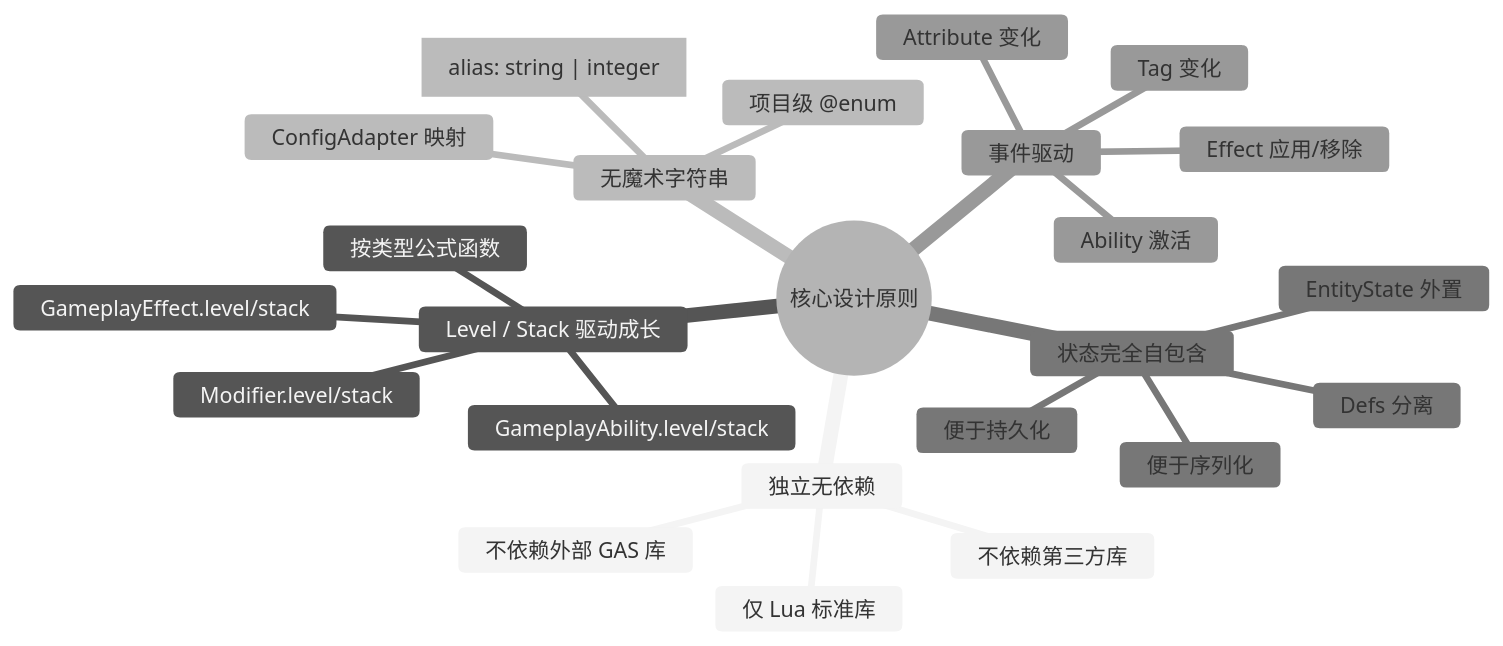
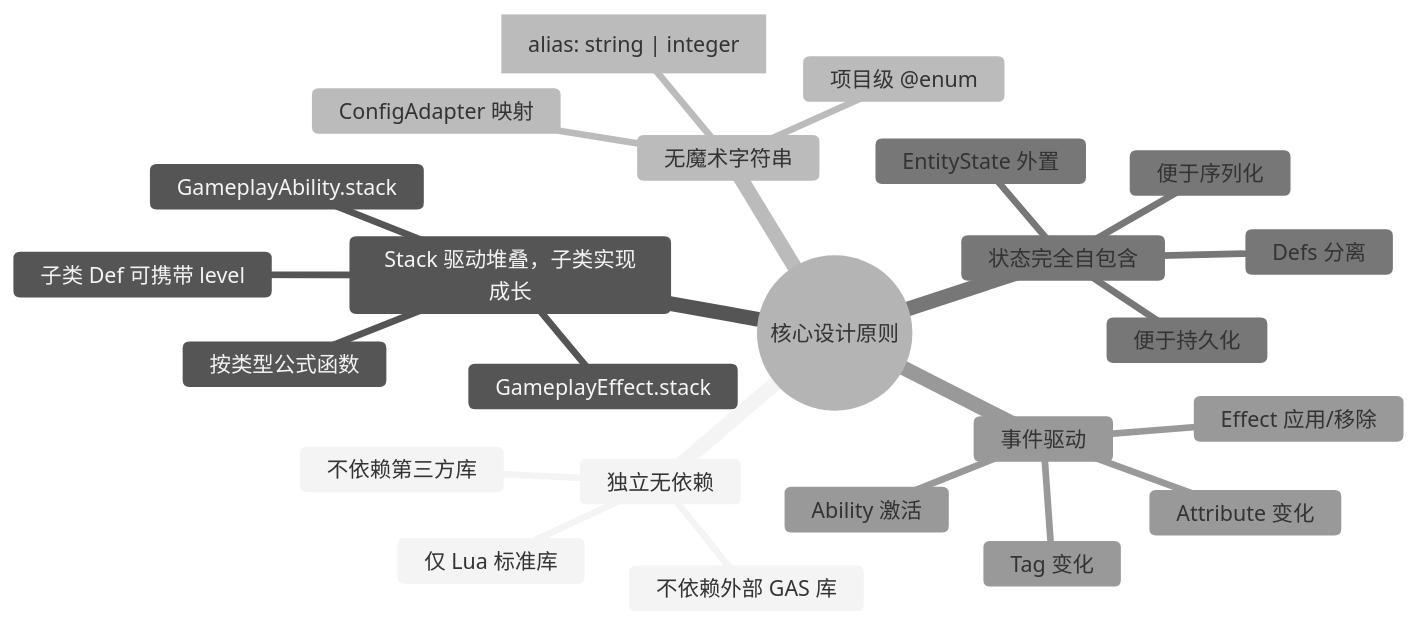
Before and after one commit to caorenmei/cgas: the first of 3 diagrams in docs/specs/mini_gas/architecture.md, drawn with Mermaid. The commit also changed other lines of this file and 14 other files, not shown here.

First line of the commit message:
refactor(mini_gas): 从基类移除 level，成长性由子类 Def 实现

````diff
--- a/docs/specs/mini_gas/architecture.md
+++ b/docs/specs/mini_gas/architecture.md
@@ -43,28 +43,28 @@
 ```mermaid
 %%{init: {'theme': 'neutral'}}%%
 mindmap
   root((核心设计原则))
     独立无依赖
       不依赖外部 GAS 库
       不依赖第三方库
       仅 Lua 标准库
-    Level / Stack 驱动成长
-      GameplayAbility.level/stack
-      GameplayEffect.level/stack
-      Modifier.level/stack
+    Stack 驱动堆叠，子类实现成长
+      GameplayAbility.stack
+      GameplayEffect.stack
+      子类 Def 可携带 level
       按类型公式函数
     无魔术字符串
       idAliasText["alias: string | integer"]
       项目级 @enum
       ConfigAdapter 映射
     状态完全自包含
       EntityState 外置
       Defs 分离
       便于序列化
       便于持久化
     事件驱动
       Ability 激活
       Effect 应用/移除
       Attribute 变化
       Tag 变化
 ```
````
